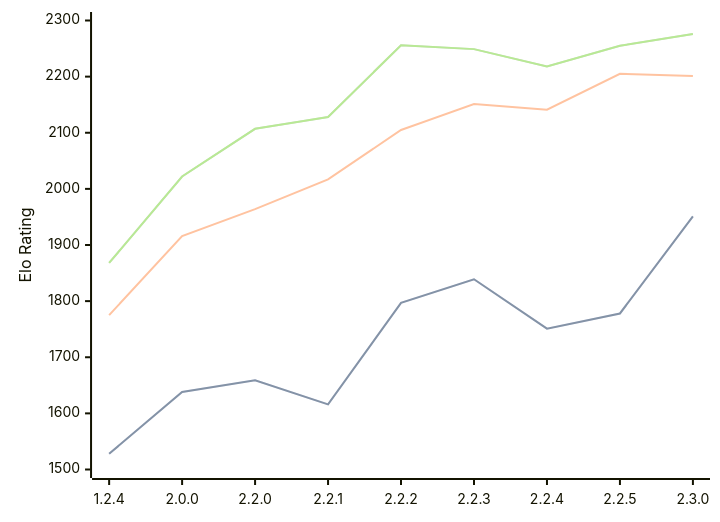
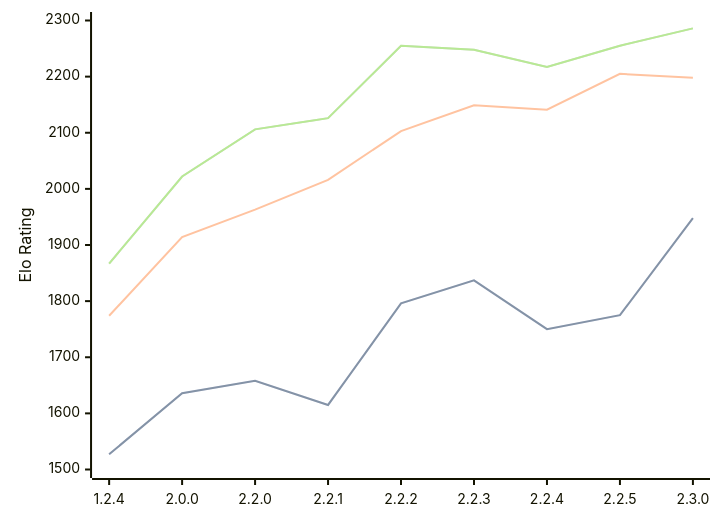
Before and after one commit to computer-chess-index/cci: the diagram in engines/Kreveta.md, drawn with Mermaid. The commit also changed other lines of this file, not shown here.

Commit message:
Update CCI Ratings (ELO VLTC) - 2026-04-27

````diff
--- a/engines/Kreveta.md
+++ b/engines/Kreveta.md
@@ -42,11 +42,11 @@
 ```mermaid
 %%{init: {"theme":"base","themeVariables":{"seriesColors:['#a3a3a3','#222221','#faa371']}}}%%
 xychart-beta
   x-axis ["1.2.4", "2.0.0", "2.2.0", "2.2.1", "2.2.2", "2.2.3", "2.2.4", "2.2.5", "2.3.0"]
   y-axis "Elo Rating" 1500 --> 2300
-  line "STC (8.0+0.08s)" [1528, 1638, 1659, 1616, 1797, 1839, 1751, 1778, 1951]
-  line "STC (8.0+0.08s)" [1528, 1638, 1659, 1616, 1797, 1839, 1751, 1778, 1951]
-  line "LTC (60.0+0.60s)" [1775, 1916, 1964, 2017, 2105, 2151, 2141, 2205, 2201]
-  line "VLTC (2m24s+1.12s)" [1868, 2022, 2107, 2128, 2256, 2249, 2218, 2255, 2276]
-  line "VLTC (2m24s+1.12s)" [1868, 2022, 2107, 2128, 2256, 2249, 2218, 2255, 2276]
+  line "STC (8.0+0.08s)" [1527, 1636, 1658, 1615, 1796, 1837, 1750, 1775, 1948]
+  line "STC (8.0+0.08s)" [1527, 1636, 1658, 1615, 1796, 1837, 1750, 1775, 1948]
+  line "LTC (60.0+0.60s)" [1774, 1914, 1963, 2016, 2103, 2149, 2141, 2205, 2198]
+  line "VLTC (2m24s+1.12s)" [1867, 2022, 2106, 2126, 2255, 2248, 2217, 2255, 2286]
+  line "VLTC (2m24s+1.12s)" [1867, 2022, 2106, 2126, 2255, 2248, 2217, 2255, 2286]
 ```
````
